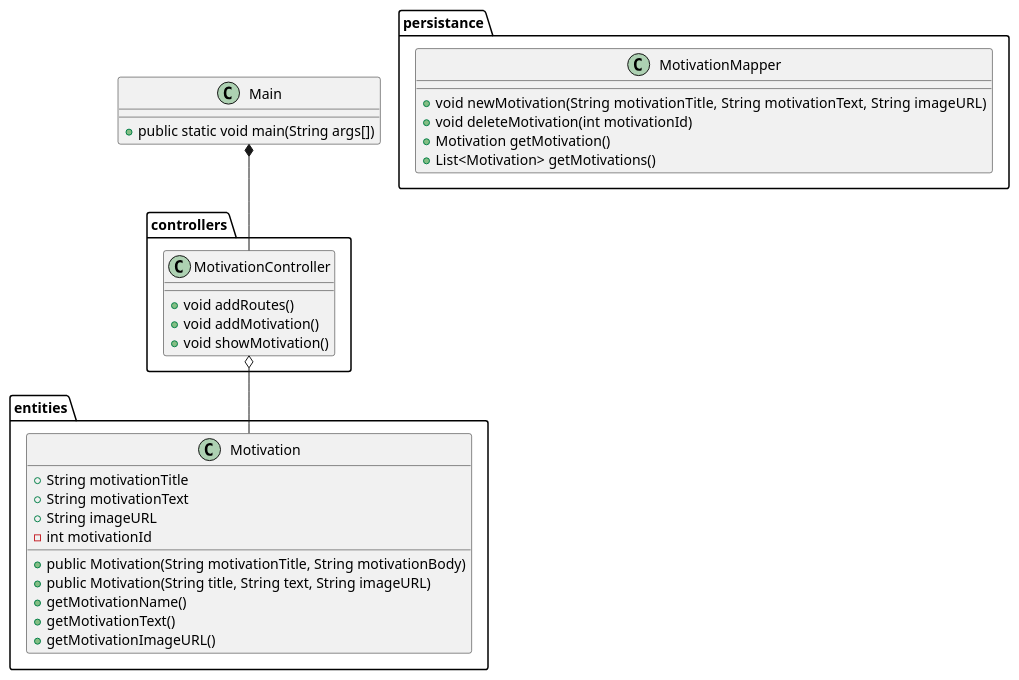
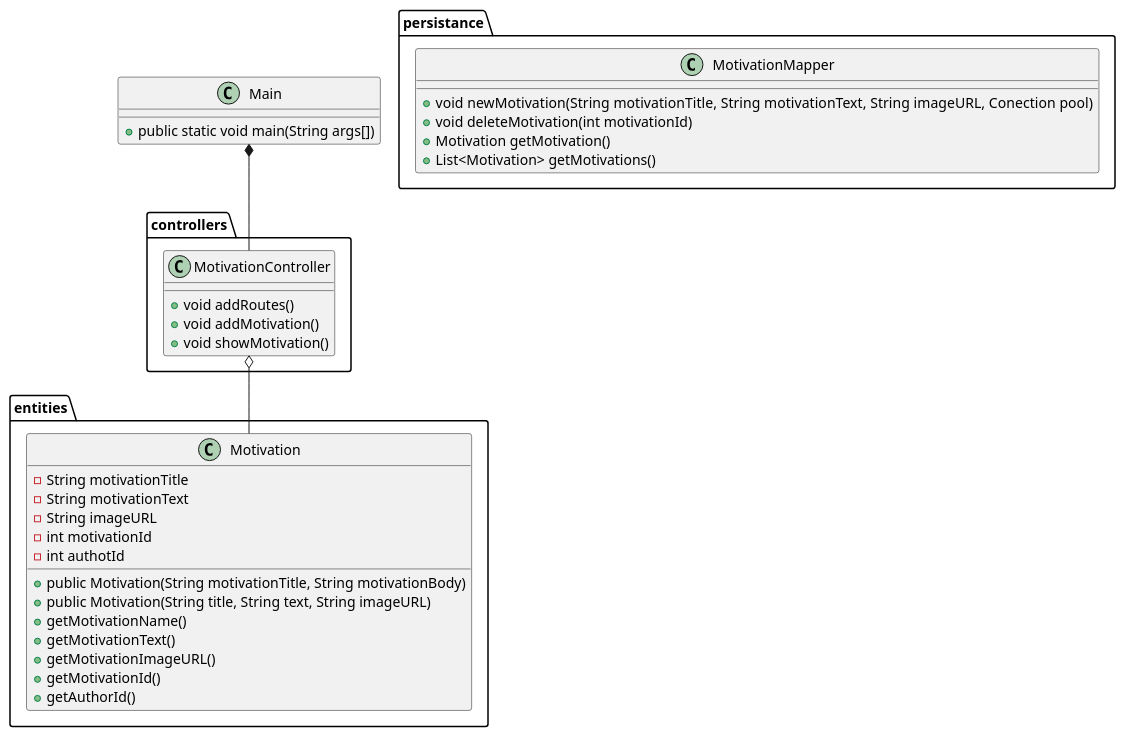
Before and after one commit to crstrskp/lifehack_e24: the diagram in docs/diagramv1.puml, drawn with PlantUML. The commit also changed 2 other files, not shown here.

Commit message:
Added authorId to motivation class

```diff
--- a/docs/diagramv1.puml
+++ b/docs/diagramv1.puml
@@ -1,38 +1,41 @@
 @startuml
 'https://plantuml.com/class-diagram
 
 class Main {
 + public static void main(String args[])
 }
 package entities {
     class Motivation {
-    + String motivationTitle
-    + String motivationText
-    + String imageURL
+    - String motivationTitle
+    - String motivationText
+    - String imageURL
     - int motivationId
+    - int authotId
     + public Motivation(String motivationTitle, String motivationBody)
     + public Motivation(String title, String text, String imageURL)
     + getMotivationName()
     + getMotivationText()
     + getMotivationImageURL()
-
+    + getMotivationId()
+    + getAuthorId()
     }
 }
 package persistance {
     class MotivationMapper {
-    + void newMotivation(String motivationTitle, String motivationText,  String imageURL)
+    + void newMotivation(String motivationTitle, String motivationText,  String imageURL, Conection pool)
     + void deleteMotivation(int motivationId)
     + Motivation getMotivation()
     + List<Motivation> getMotivations()
+
     }
 }
 package controllers {
     class MotivationController {
     + void addRoutes()
     + void addMotivation()
     + void showMotivation()
     }
 }
 Main *-- MotivationController
 MotivationController o-- Motivation
 @enduml
```
